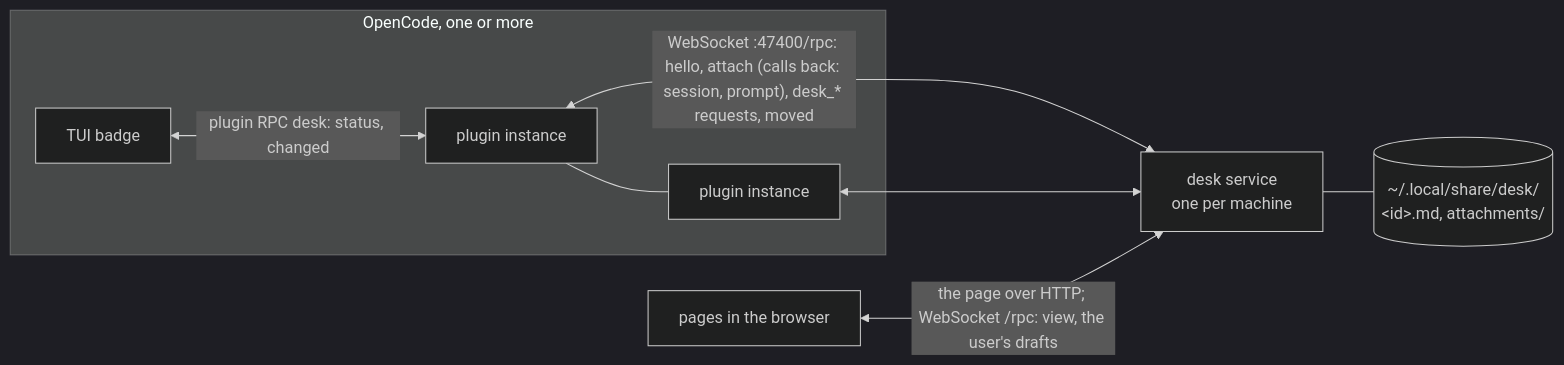
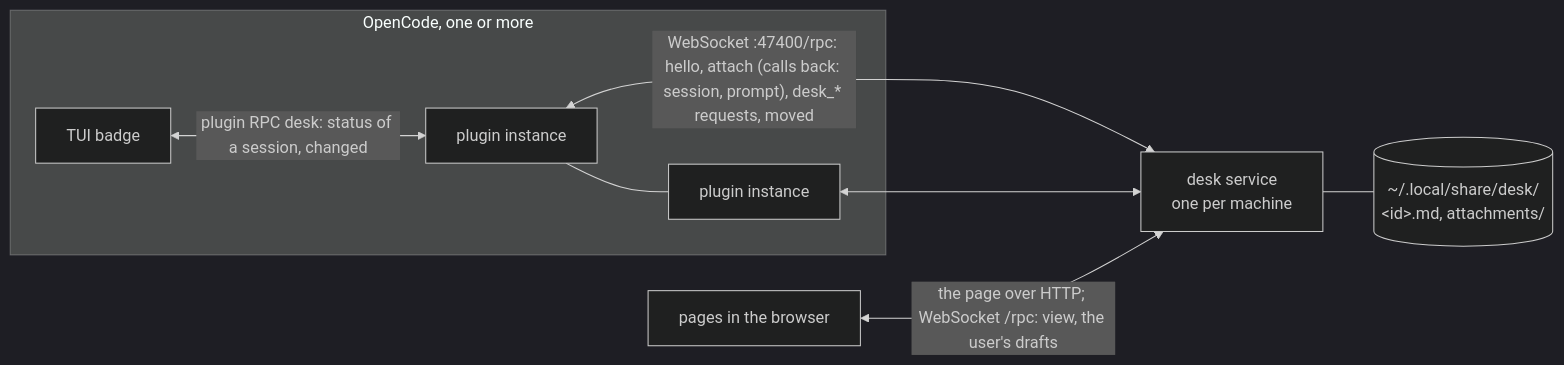
One commit to HugeLetters/desk changed the diagram in README.md. Above: the diagram before and after it, drawn with Mermaid (dark theme). The commit also changed other lines of this file and 8 other files, not shown here.

````diff
--- a/README.md
+++ b/README.md
@@ -51,12 +51,12 @@
 ```mermaid
 flowchart LR
   subgraph OC[OpenCode, one or more]
     P1[plugin instance] --- P2[plugin instance]
-    T[TUI badge] <-- "plugin RPC desk: status, changed" --> P1
+    T[TUI badge] <-- "plugin RPC desk: status of a session, changed" --> P1
   end
   P1 <-- "WebSocket :47400/rpc: hello, attach (calls back: session, prompt), desk_* requests, moved" --> S
   P2 <--> S
   B[pages in the browser] <-- "the page over HTTP; WebSocket /rpc: view, the user's drafts" --> S
   S[desk service<br/>one per machine]
   S --- F[(~/.local/share/desk/<br/>&lt;id&gt;.md, attachments/)]
 ```
````
